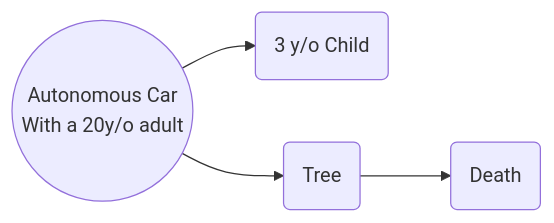
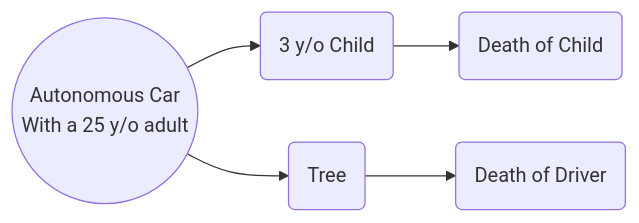
The first of 3 diagrams in _casestudy/10_activity.md (Grig84/ethics_fall2025), drawn with Mermaid before and after one commit. The commit also changed other lines of this file, not shown here.

````diff
--- a/_casestudy/10_activity.md
+++ b/_casestudy/10_activity.md
@@ -13,6 +13,7 @@
 ```mermaid
 graph LR
-0((Autonomous Car<br/>With a 20y/o adult)) --> 1(3 y/o Child);
+0((Autonomous Car<br/>With a 25 y/o adult)) --> 1(3 y/o Child);
+1 --> 4(Death of Child);
 0 --> 2(Tree);
-2 --> 3(Death);
+2 --> 3(Death of Driver);
 ```
````
